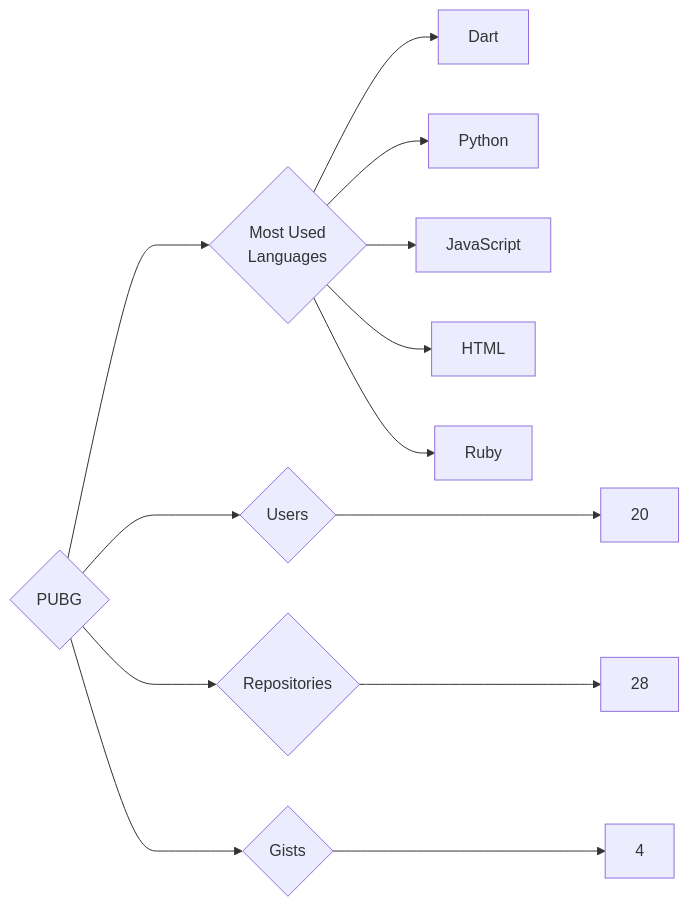
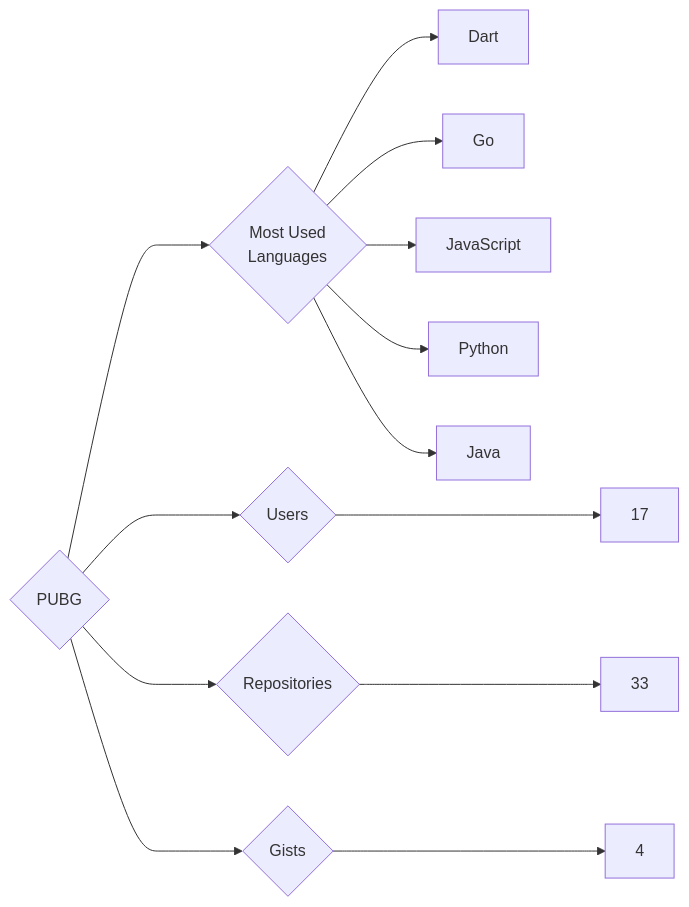
The diagram in targets/PUBG/README.md (trickest/insiders), drawn with Mermaid before and after one commit. The commit also changed 770 other files, not shown here.

````diff
--- a/targets/PUBG/README.md
+++ b/targets/PUBG/README.md
@@ -3,13 +3,13 @@
 ```mermaid
 graph LR
 COMPANY_NAME{PUBG}
-COMPANY_NAME ---> U{Users} ---> UN[20]
-COMPANY_NAME ---> R{Repositories} ---> RN[28]
+COMPANY_NAME ---> U{Users} ---> UN[17]
+COMPANY_NAME ---> R{Repositories} ---> RN[33]
 COMPANY_NAME ---> G{Gists} ---> GN[4]
 COMPANY_NAME ---> ML{Most Used<br>Languages}
 ML --> Dart[Dart]
+ML --> Go[Go]
+ML --> JavaScript[JavaScript]
 ML --> Python[Python]
-ML --> JavaScript[JavaScript]
-ML --> HTML[HTML]
-ML --> Ruby[Ruby]
+ML --> Java[Java]
 ```
````
